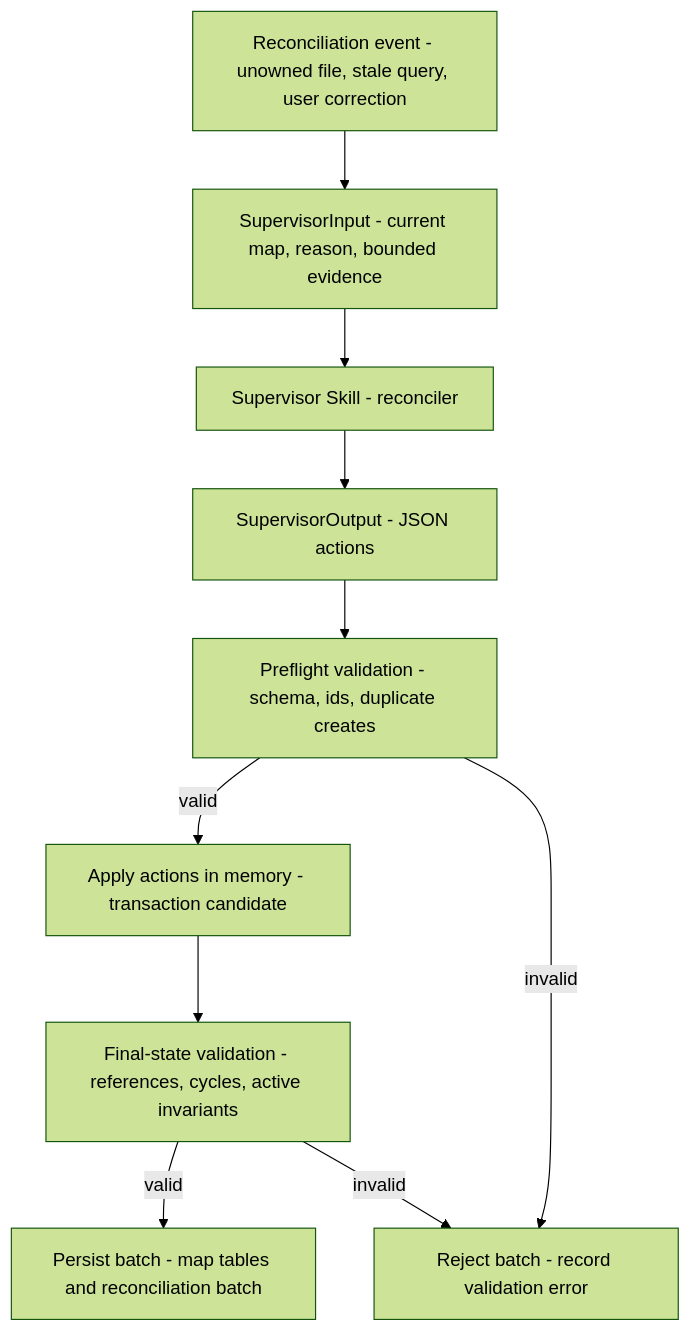
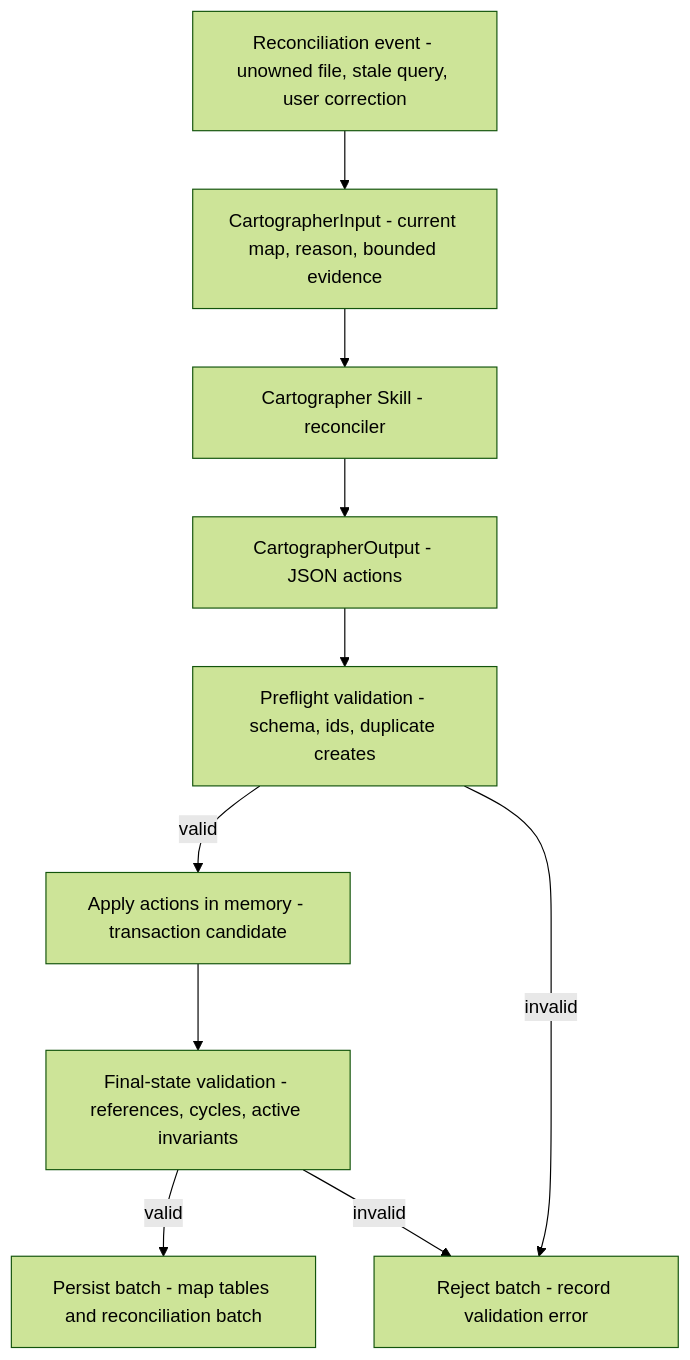
One commit to loris-olsem/t3code changed the fourth of 4 diagrams in xdocs/spec-docs/ownership-map-vision.md. Above: the diagram before and after it, drawn with Mermaid (forest theme). The commit also changed other lines of this file and 22 other files, not shown here.

````diff
--- a/xdocs/spec-docs/ownership-map-vision.md
+++ b/xdocs/spec-docs/ownership-map-vision.md
@@ -1036,22 +1067,22 @@
 ```mermaid
 graph TD
   Event[Reconciliation event - unowned file, stale query, user correction]
-  Input[SupervisorInput - current map, reason, bounded evidence]
-  Skill[Supervisor Skill - reconciler]
-  Output[SupervisorOutput - JSON actions]
+  Input[CartographerInput - current map, reason, bounded evidence]
+  Skill[Cartographer Skill - reconciler]
+  Output[CartographerOutput - JSON actions]
   Preflight[Preflight validation - schema, ids, duplicate creates]
   Apply[Apply actions in memory - transaction candidate]
   Final[Final-state validation - references, cycles, active invariants]
   Persist[Persist batch - map tables and reconciliation batch]
   Reject[Reject batch - record validation error]
 
   Event --> Input
   Input --> Skill
   Skill --> Output
   Output --> Preflight
   Preflight -- valid --> Apply
   Preflight -- invalid --> Reject
   Apply --> Final
   Final -- valid --> Persist
   Final -- invalid --> Reject
 ```
````
